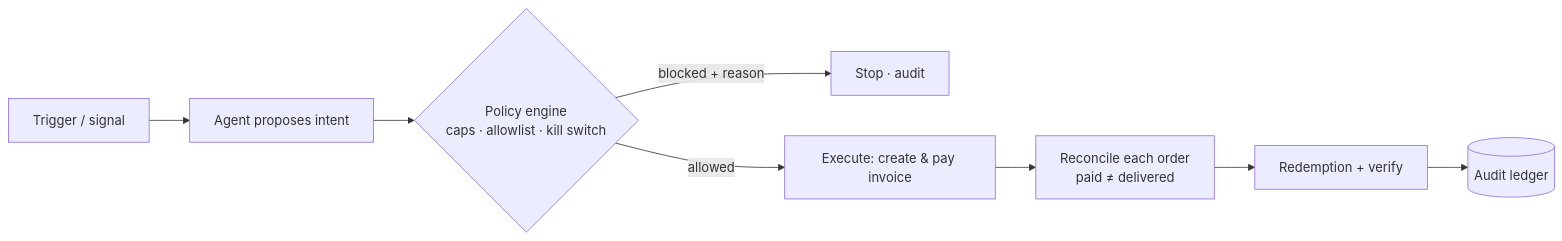
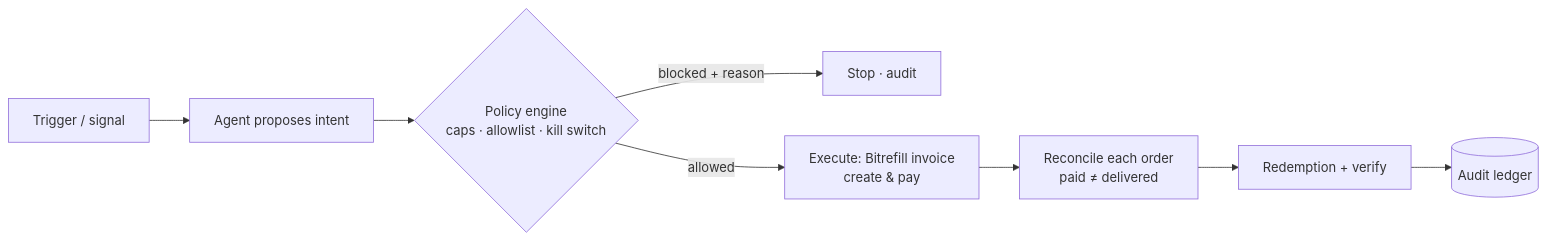
The diagram in README.md (quriousprof/lifeos), drawn with Mermaid before and after one commit. The commit also changed other lines of this file, not shown here.

Commit message:
docs: explain how Bitrefill powers the app

````diff
--- a/README.md
+++ b/README.md
@@ -17,10 +17,10 @@
 ```mermaid
 flowchart LR
     T[Trigger / signal] --> P[Agent proposes intent]
     P --> POL{Policy engine<br/>caps · allowlist · kill switch}
     POL -->|blocked + reason| X[Stop · audit]
-    POL -->|allowed| EX[Execute: create & pay invoice]
+    POL -->|allowed| EX[Execute: Bitrefill invoice<br/>create & pay]
     EX --> R[Reconcile each order<br/>paid ≠ delivered]
     R --> V[Redemption + verify]
     V --> A[(Audit ledger)]
 ```
````
